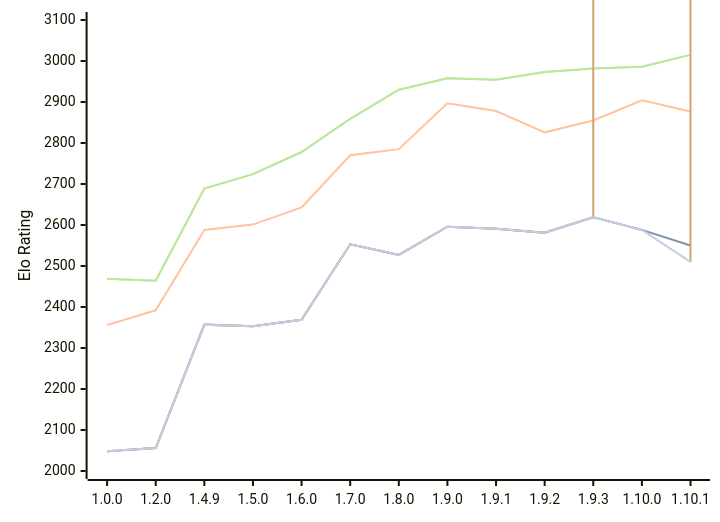
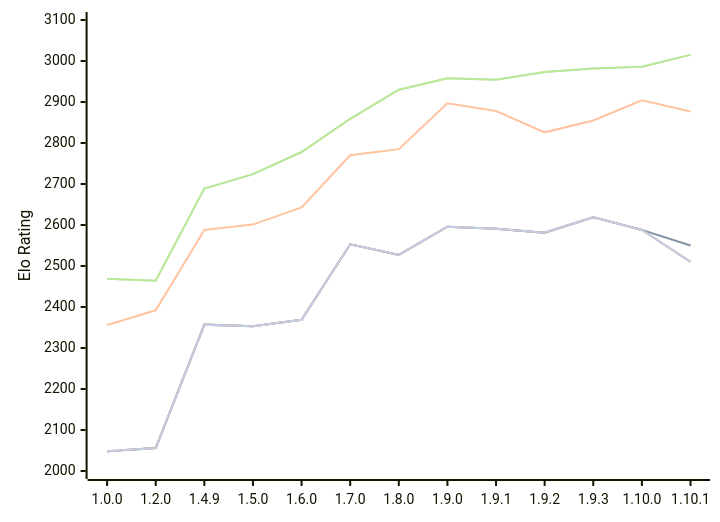
One commit to computer-chess-index/cci changed the diagram in engines/Basilisk.md. Above: the diagram before and after it, drawn with Mermaid. The commit also changed other lines of this file, not shown here.

Commit message:
Update CCI Ratings (ELO VLTC) - 2026-10-10

````diff
--- a/engines/Basilisk.md
+++ b/engines/Basilisk.md
@@ -60,13 +60,13 @@
 ```mermaid
 %%{init: {"theme":"base","themeVariables":{"seriesColors:['#a3a3a3','#222221','#faa371']}}}%%
 xychart-beta
   x-axis ["1.0.0", "1.2.0", "1.4.9", "1.5.0", "1.6.0", "1.7.0", "1.8.0", "1.9.0", "1.9.1", "1.9.2", "1.9.3", "1.10.0", "1.10.1"]
   y-axis "Elo Rating" 2000 --> 3100
   line "" [2048, 2056, 2357, 2353, 2369, 2553, 2527, 2596, 2591, 2581, 2619, 2588, 2550]
   line "T1: STC (8.0+0.08s)" [2048, 2056, 2357, 2353, 2369, 2553, 2527, 2596, 2591, 2581, 2619, 2588, 2550]
   line "T1: LTC (60.0+0.60s)" [2356, 2392, 2588, 2601, 2643, 2770, 2785, 2897, 2878, 2826, 2855, 2904, 2877]
   line "" [2469, 2464, 2689, 2724, 2778, 2859, 2930, 2958, 2954, 2973, 2982, 2986, 3015]
   line "T1: VLTC (2m24s+1.12s)" [2469, 2464, 2689, 2724, 2778, 2859, 2930, 2958, 2954, 2973, 2982, 2986, 3015]
-  line "" [2048, 2056, 2357, 2353, 2369, 2553, 2527, 2596, 2591, 2581, 2619, 25882510, 2510]
+  line "" [2048, 2056, 2357, 2353, 2369, 2553, 2527, 2596, 2591, 2581, 2619, 2588,2510, 2510]
   line "E1: STC (8.0+0.08s)" [2048, 2056, 2357, 2353, 2369, 2553, 2527, 2596, 2591, 2581, 2619, 2588,2510, 2510]
 ```
````
